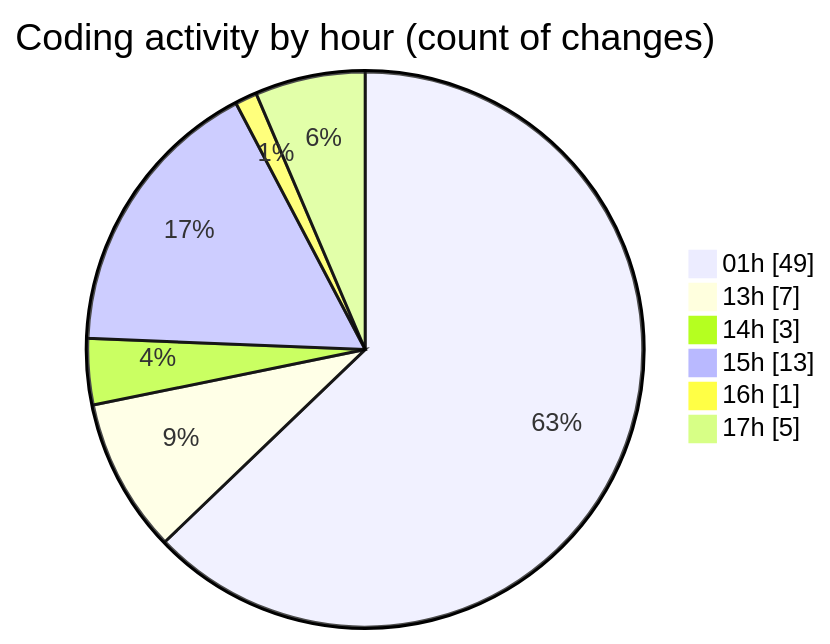
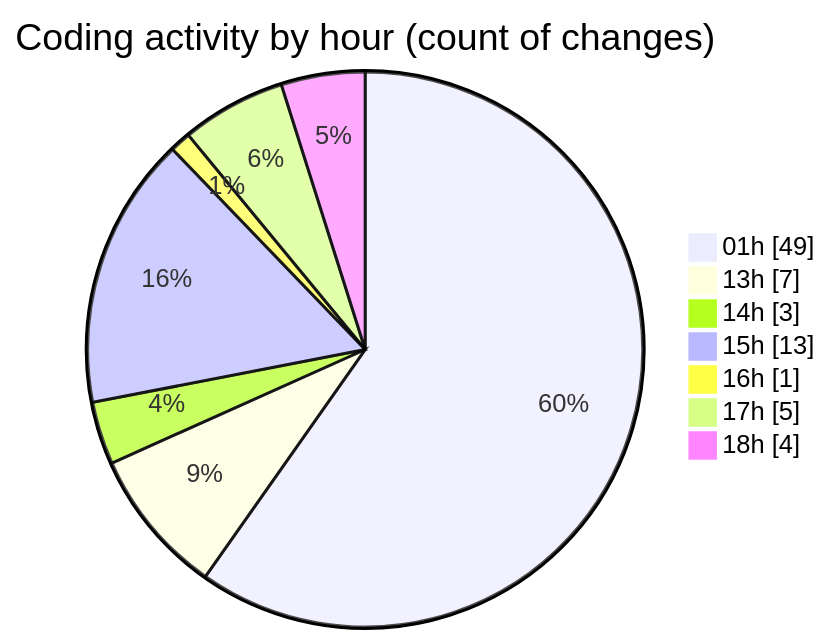
The second of 2 diagrams in 2025-09-02/quanlylink/README.md (lephambinh05/code-tracking), drawn with Mermaid before and after one commit. The commit also changed other lines of this file and 1 other file, not shown here.

````diff
--- a/2025-09-02/quanlylink/README.md
+++ b/2025-09-02/quanlylink/README.md
@@ -61,10 +61,11 @@
 ```mermaid
 pie showData
 title Coding activity by hour (count of changes)
 "01h" : 49
 "13h" : 7
 "14h" : 3
 "15h" : 13
 "16h" : 1
 "17h" : 5
+"18h" : 4
 ```
````
